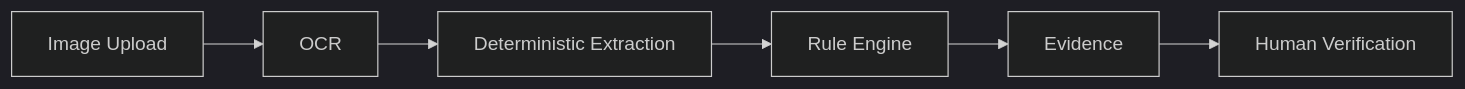
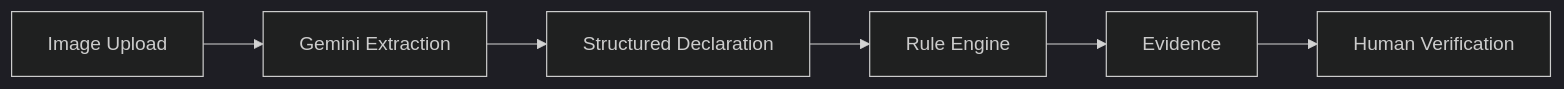
One commit to divya-a2437/metroscan changed the first of 2 diagrams in README.md. Above: the diagram before and after it, drawn with Mermaid (dark theme). The commit also changed other lines of this file, not shown here.

Commit message:
docs: update extraction limitations

````diff
--- a/README.md
+++ b/README.md
@@ -45,8 +45,8 @@
 ```mermaid
 flowchart LR
-    A[Image Upload] --> B[OCR]
-    B --> C[Deterministic Extraction]
+    A[Image Upload] --> B[Gemini Extraction]
+    B --> C[Structured Declaration]
     C --> D[Rule Engine]
     D --> E[Evidence]
     E --> F[Human Verification]
 ```
````
